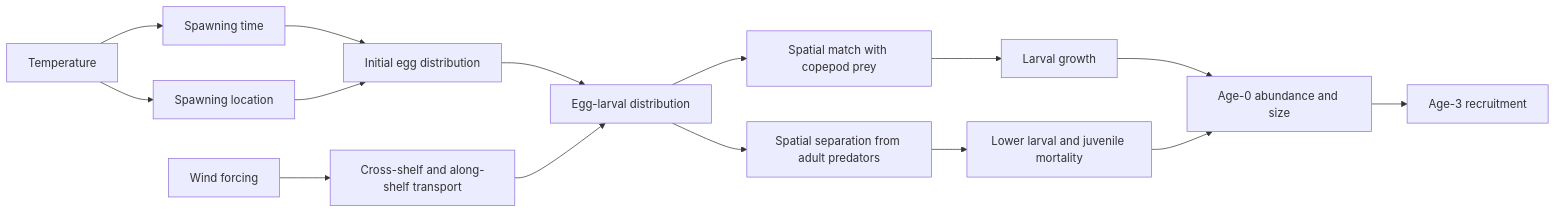
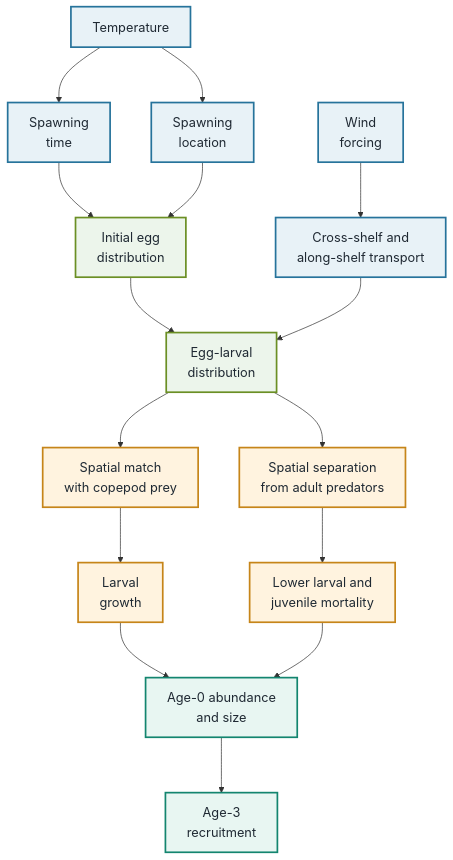
One commit to afsc-assessments/ebswp_esp changed the third of 4 diagrams in dags.qmd. Above: the diagram before and after it, drawn with Mermaid. The commit also changed other lines of this file and 6 other files, not shown here.

````diff
--- a/dags.qmd
+++ b/dags.qmd
@@ -65,17 +103,27 @@
 ```{mermaid}
-flowchart LR
-  TEMP["Temperature"] --> SPAT["Spawning time"]
-  TEMP --> SPAL["Spawning location"]
-  WIND["Wind forcing"] --> CURR["Cross-shelf and along-shelf transport"]
-  SPAT --> INIT["Initial egg distribution"]
+%%{init: {"flowchart": {"htmlLabels": true, "nodeSpacing": 58, "rankSpacing": 78, "curve": "basis"}, "themeVariables": {"fontSize": "18px", "fontFamily": "Arial, sans-serif"}} }%%
+flowchart TB
+  TEMP["Temperature"] --> SPAT["Spawning<br/>time"]
+  TEMP --> SPAL["Spawning<br/>location"]
+  WIND["Wind<br/>forcing"] --> CURR["Cross-shelf and<br/>along-shelf transport"]
+  SPAT --> INIT["Initial egg<br/>distribution"]
   SPAL --> INIT
-  INIT --> ELD["Egg-larval distribution"]
+  INIT --> ELD["Egg-larval<br/>distribution"]
   CURR --> ELD
-  ELD --> PREY["Spatial match with copepod prey"]
-  ELD --> SAFE["Spatial separation from adult predators"]
-  PREY --> LGROW["Larval growth"]
-  SAFE --> LMORT["Lower larval and juvenile mortality"]
-  LGROW --> A0["Age-0 abundance and size"]
+  ELD --> PREY["Spatial match<br/>with copepod prey"]
+  ELD --> SAFE["Spatial separation<br/>from adult predators"]
+  PREY --> LGROW["Larval<br/>growth"]
+  SAFE --> LMORT["Lower larval and<br/>juvenile mortality"]
+  LGROW --> A0["Age-0 abundance<br/>and size"]
   LMORT --> A0
-  A0 --> R3["Age-3 recruitment"]
+  A0 --> R3["Age-3<br/>recruitment"]
+
+  classDef physical fill:#e8f2f7,stroke:#26739b,stroke-width:2.4px,color:#1f2933;
+  classDef distribution fill:#ecf5eb,stroke:#6b8f24,stroke-width:2.4px,color:#1f2933;
+  classDef match fill:#fff3df,stroke:#c68519,stroke-width:2.4px,color:#1f2933;
+  classDef survival fill:#e8f6f2,stroke:#13856f,stroke-width:2.4px,color:#1f2933;
+  class TEMP,WIND,CURR,SPAT,SPAL physical;
+  class INIT,ELD distribution;
+  class PREY,SAFE,LGROW,LMORT match;
+  class A0,R3 survival;
 ```
````
